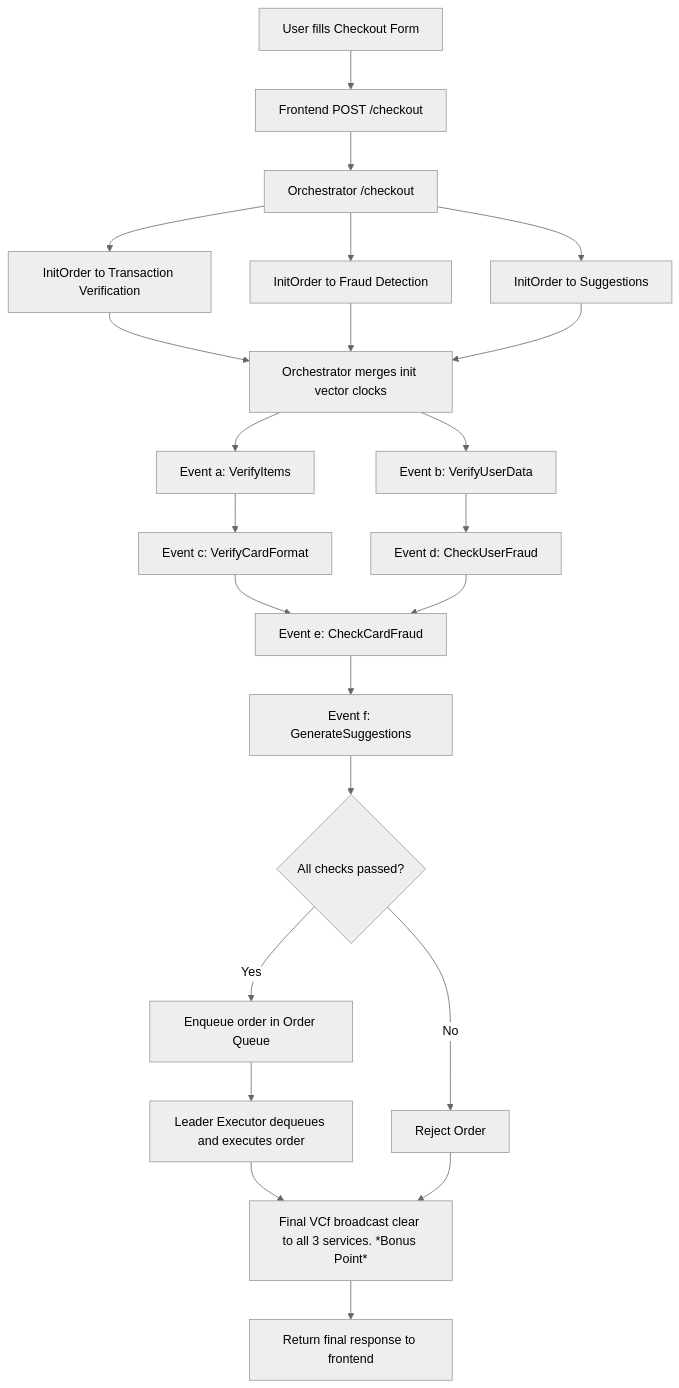
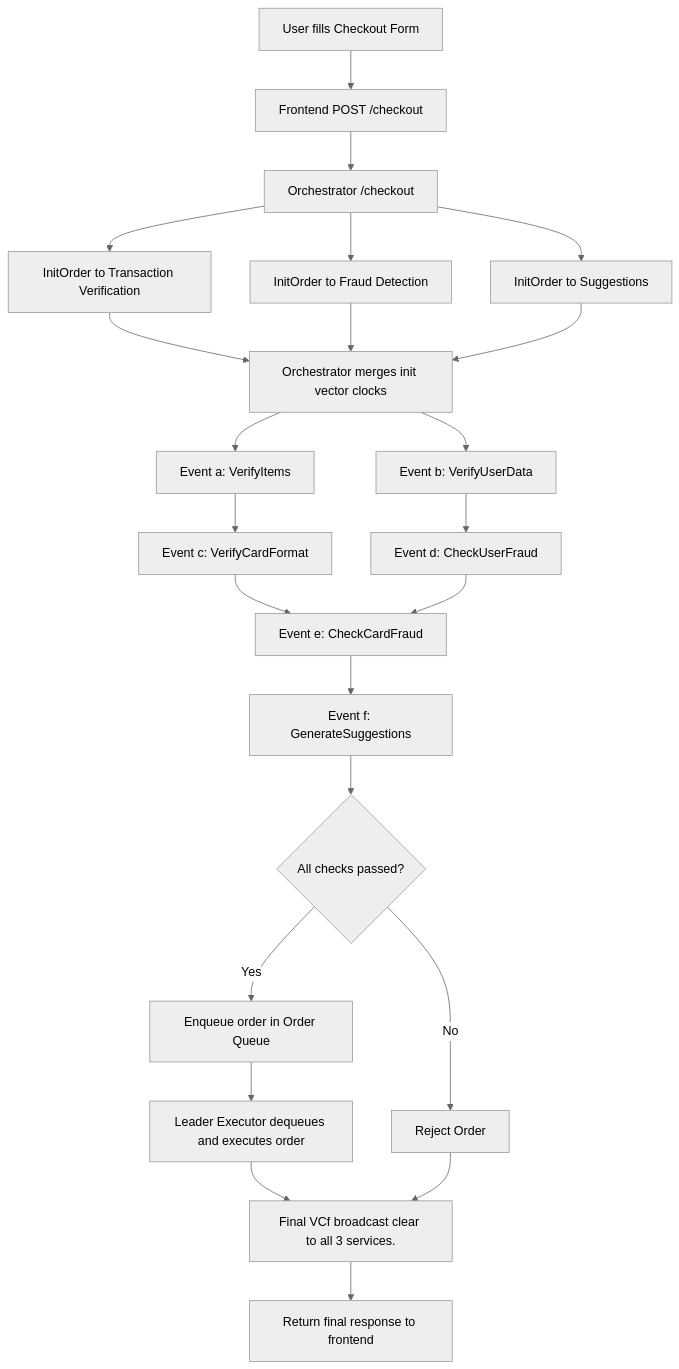
The third of 5 diagrams in README.md (mharisirfan/ds-practice-2025), drawn with Mermaid (neutral theme) before and after one commit.

````diff
--- a/README.md
+++ b/README.md
@@ -85,35 +85,35 @@
 ```mermaid
 flowchart TD
     U[User fills Checkout Form] --> F[Frontend POST /checkout]
     F --> O[Orchestrator /checkout]
 
     O --> I1[InitOrder to Transaction Verification]
     O --> I2[InitOrder to Fraud Detection]
     O --> I3[InitOrder to Suggestions]
 
     I1 --> M[Orchestrator merges init vector clocks]
     I2 --> M
     I3 --> M
 
     M --> A[Event a: VerifyItems]
     M --> B[Event b: VerifyUserData]
 
     A --> C[Event c: VerifyCardFormat]
     B --> D[Event d: CheckUserFraud]
 
     C --> E[Event e: CheckCardFraud]
     D --> E
 
     E --> G[Event f: GenerateSuggestions]
 
     G --> DEC{All checks passed?}
     DEC -- Yes --> Q[Enqueue order in Order Queue]
     DEC -- No --> R[Reject Order]
 
     Q --> EXEC[Leader Executor dequeues and executes order]
 
-    EXEC --> CLR[Final VCf broadcast clear to all 3 services. *Bonus Point*]
+    EXEC --> CLR[Final VCf broadcast clear to all 3 services.]
     R --> CLR
 
     CLR --> RESP[Return final response to frontend]
 ```
````
